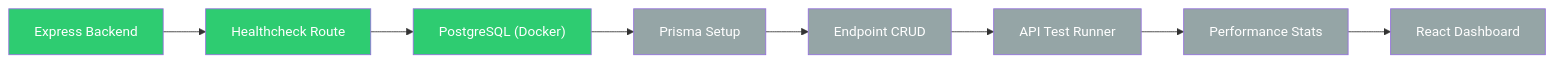
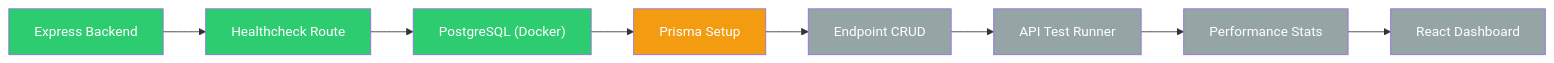
One commit to zardledev/API-Performance-Monitor changed the diagram in README.md. Above: the diagram before and after it, drawn with Mermaid. The commit also changed other lines of this file, not shown here.

````diff
--- a/README.md
+++ b/README.md
@@ -105,16 +112,18 @@
 ```mermaid
 flowchart LR
     A[Express Backend] --> B[Healthcheck Route]
     B --> C["PostgreSQL (Docker)"]
     C --> D[Prisma Setup]
     D --> E[Endpoint CRUD]
     E --> F[API Test Runner]
     F --> G[Performance Stats]
     G --> H[React Dashboard]
 
     class A,B,C done
-    class D,E,F,G,H planned
+    class D inprogress
+    class E,F,G,H planned
 
     classDef done fill:#2ecc71,color:#fff;
+    classDef inprogress fill:#f39c12,color:#fff;
     classDef planned fill:#95a5a6,color:#fff;
 ```
````
